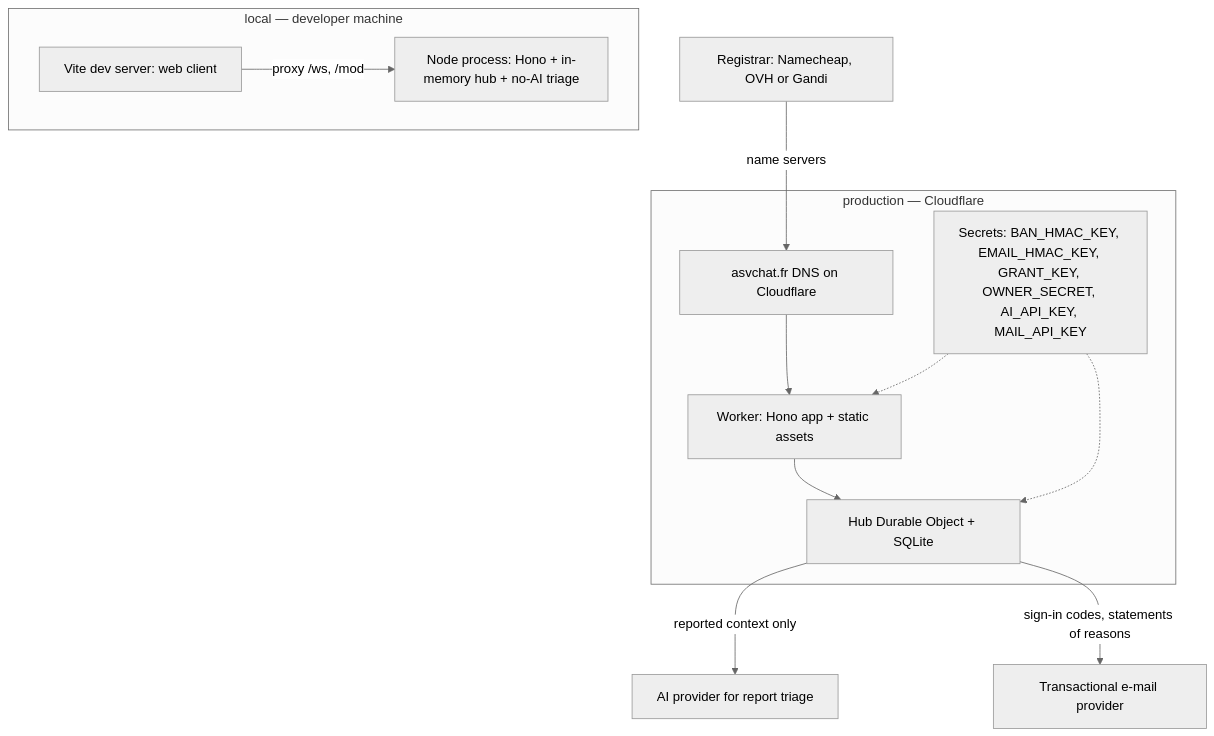
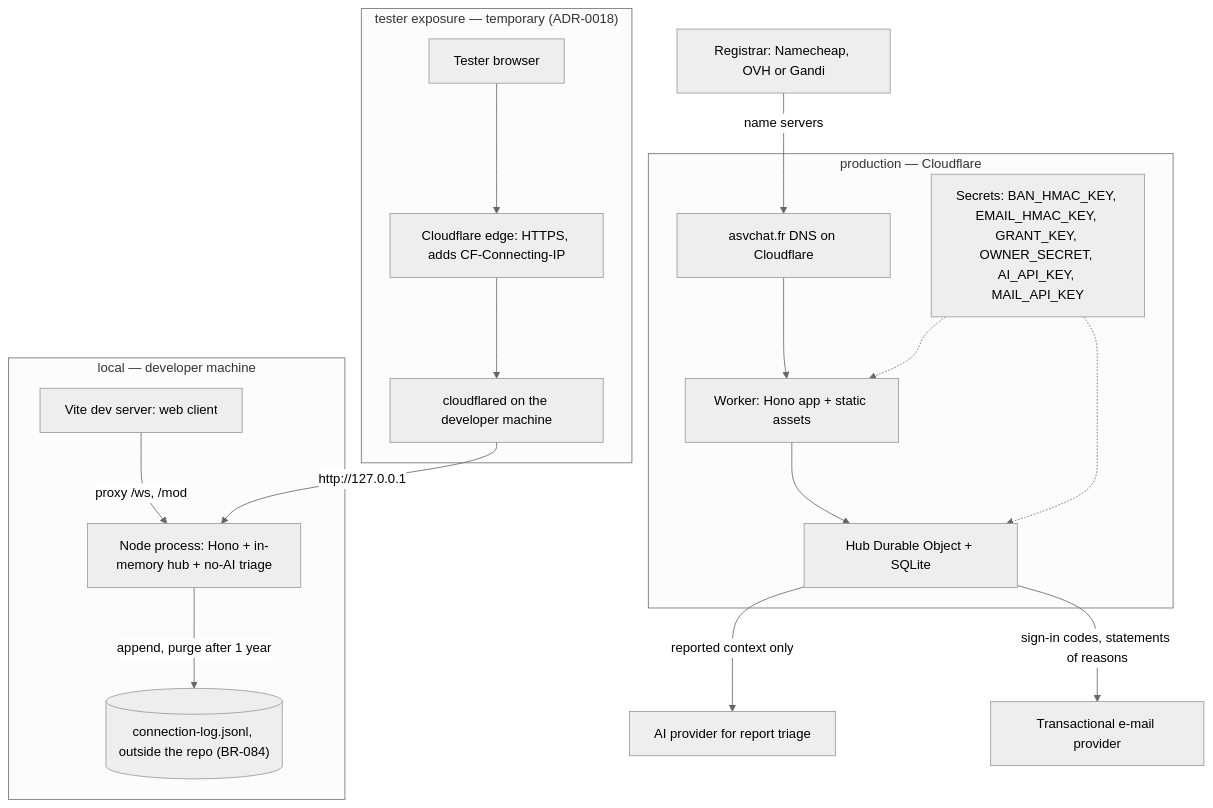
The diagram in docs/architecture/diagrams/platform/07-deployment.md (benoit-bremaud/asv), drawn with Mermaid (neutral theme) before and after one commit. The commit also changed other lines of this file and 9 other files, not shown here.

First line of the commit message:
docs(architecture): conception study for the real-tester exposure (#54)

````diff
--- a/docs/architecture/diagrams/platform/07-deployment.md
+++ b/docs/architecture/diagrams/platform/07-deployment.md
@@ -14,24 +14,34 @@
 ```mermaid
 flowchart TB
   subgraph Dev ["local — developer machine"]
     NodeProc["Node process: Hono + in-memory hub + no-AI triage"]
     Vite["Vite dev server: web client"]
     Vite -->|"proxy /ws, /mod"| NodeProc
+    LogFile[("connection-log.jsonl, outside the repo (BR-084)")]
+    NodeProc -->|"append, purge after 1 year"| LogFile
   end
+  subgraph Test ["tester exposure — temporary (ADR-0018)"]
+    Tester["Tester browser"]
+    Edge["Cloudflare edge: HTTPS, adds CF-Connecting-IP"]
+    Cloudflared["cloudflared on the developer machine"]
+    Tester --> Edge
+    Edge --> Cloudflared
+  end
+  Cloudflared -->|"http://127.0.0.1"| NodeProc
   subgraph Prod ["production — Cloudflare"]
     DNS["asvchat.fr DNS on Cloudflare"]
     Worker["Worker: Hono app + static assets"]
     HubDO["Hub Durable Object + SQLite"]
     Secrets["Secrets: BAN_HMAC_KEY, EMAIL_HMAC_KEY, GRANT_KEY, OWNER_SECRET, AI_API_KEY, MAIL_API_KEY"]
     DNS --> Worker
     Worker --> HubDO
     Secrets -.-> Worker
     Secrets -.-> HubDO
   end
   AI["AI provider for report triage"]
   Registrar["Registrar: Namecheap, OVH or Gandi"]
   Registrar -->|"name servers"| DNS
   HubDO -->|"reported context only"| AI
   Mail["Transactional e-mail provider"]
   HubDO -->|"sign-in codes, statements of reasons"| Mail
 ```
````
